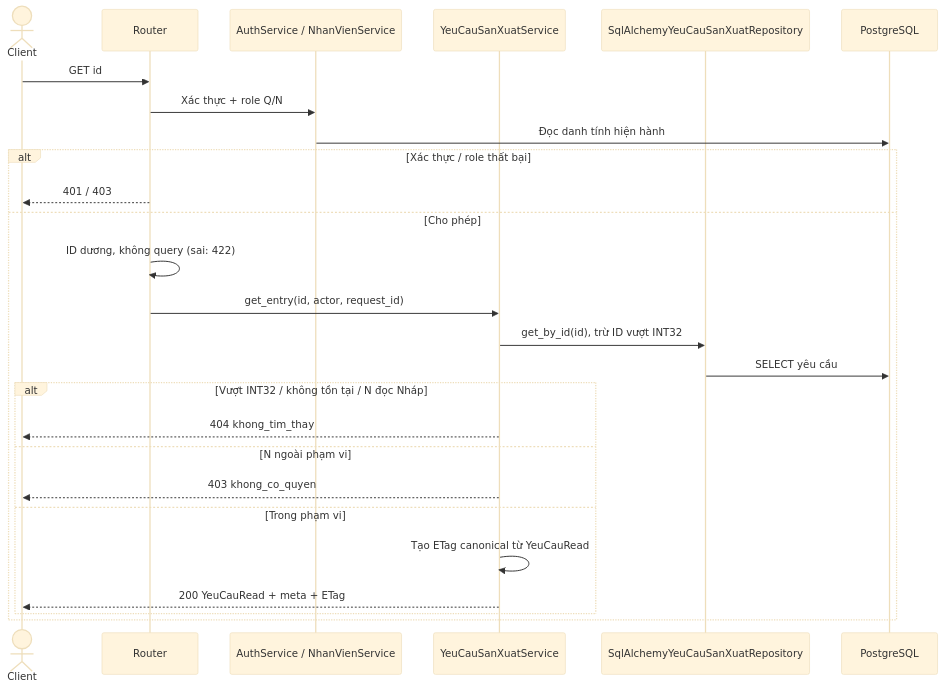
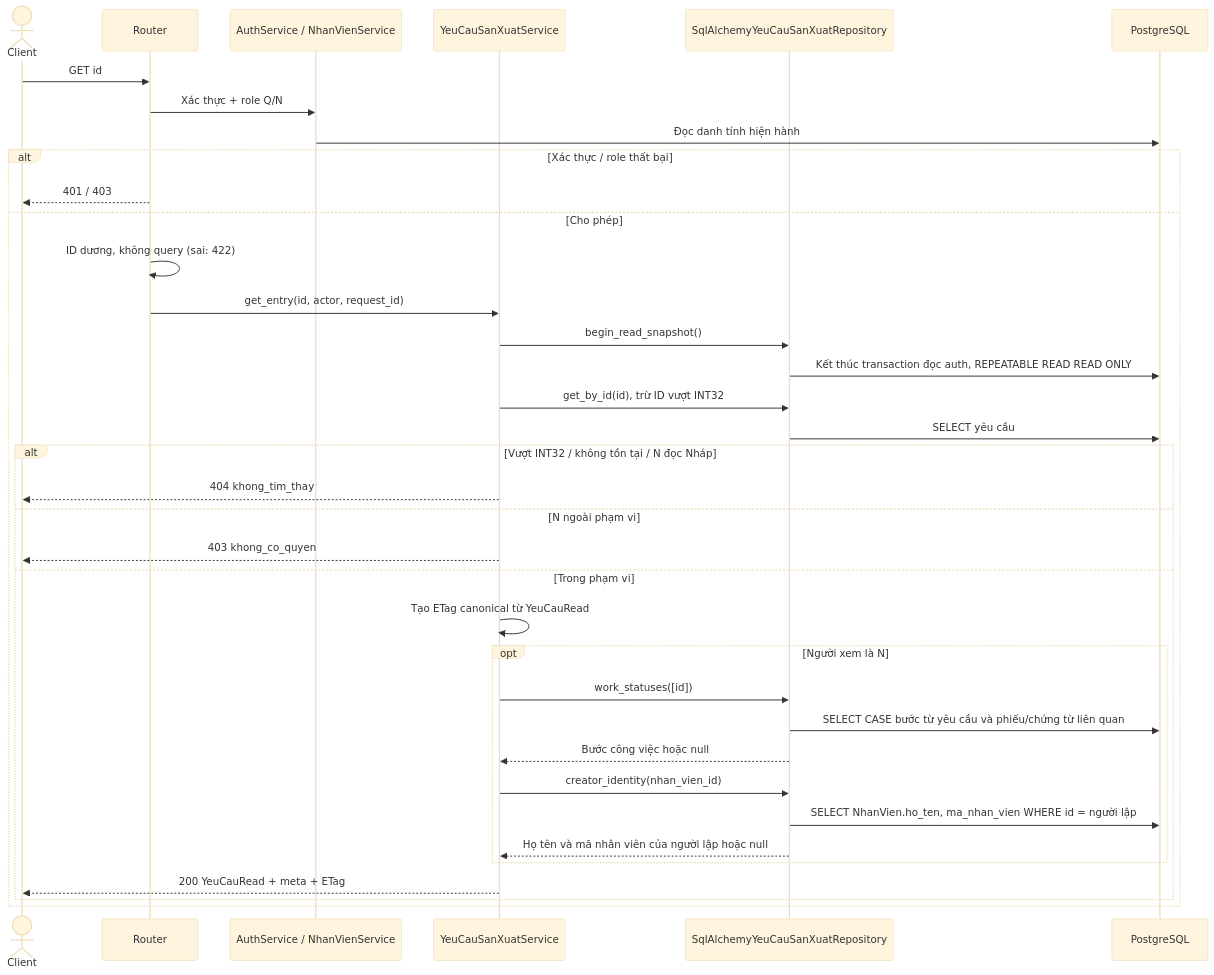
The third of 20 diagrams in docs/sequence/san_xuat.md (thanhklt/xbike-mrp-system), drawn with Mermaid (base theme) before and after one commit. The commit also changed other lines of this file and 47 other files, not shown here.

Commit message:
fix: update employee work statuses and assigned request UI

````diff
--- a/docs/sequence/san_xuat.md
+++ b/docs/sequence/san_xuat.md
@@ -161,28 +173,38 @@
 ```mermaid
 sequenceDiagram
     actor C as Client
     participant R as Router
     participant A as AuthService / NhanVienService
     participant S as YeuCauSanXuatService
     participant P as SqlAlchemyYeuCauSanXuatRepository
     participant D as PostgreSQL
     C->>R: GET id
     R->>A: Xác thực + role Q/N
     A->>D: Đọc danh tính hiện hành
     alt Xác thực / role thất bại
         R-->>C: 401 / 403
     else Cho phép
         R->>R: ID dương, không query (sai: 422)
         R->>S: get_entry(id, actor, request_id)
+        S->>P: begin_read_snapshot()
+        P->>D: Kết thúc transaction đọc auth, REPEATABLE READ READ ONLY
         S->>P: get_by_id(id), trừ ID vượt INT32
         P->>D: SELECT yêu cầu
         alt Vượt INT32 / không tồn tại / N đọc Nháp
             S-->>C: 404 khong_tim_thay
         else N ngoài phạm vi
             S-->>C: 403 khong_co_quyen
         else Trong phạm vi
             S->>S: Tạo ETag canonical từ YeuCauRead
+            opt Người xem là N
+                S->>P: work_statuses([id])
+                P->>D: SELECT CASE bước từ yêu cầu và phiếu/chứng từ liên quan
+                P-->>S: Bước công việc hoặc null
+                S->>P: creator_identity(nhan_vien_id)
+                P->>D: SELECT NhanVien.ho_ten, ma_nhan_vien WHERE id = người lập
+                P-->>S: Họ tên và mã nhân viên của người lập hoặc null
+            end
             S-->>C: 200 YeuCauRead + meta + ETag
         end
     end
 ```
````
